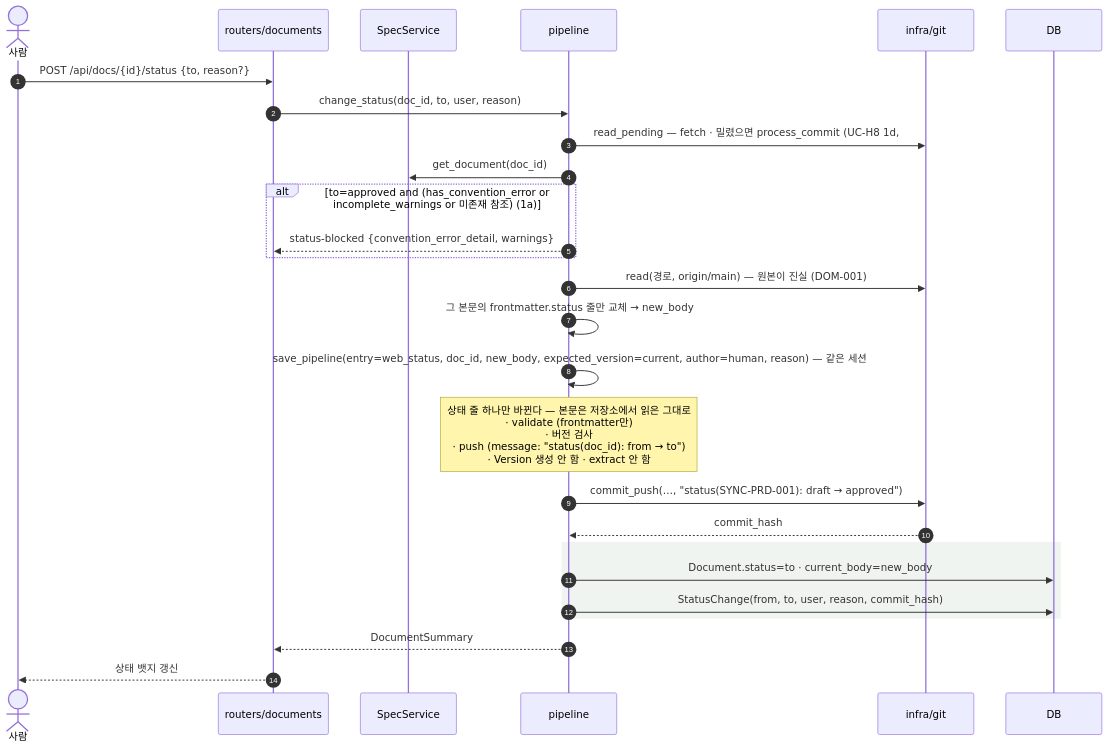
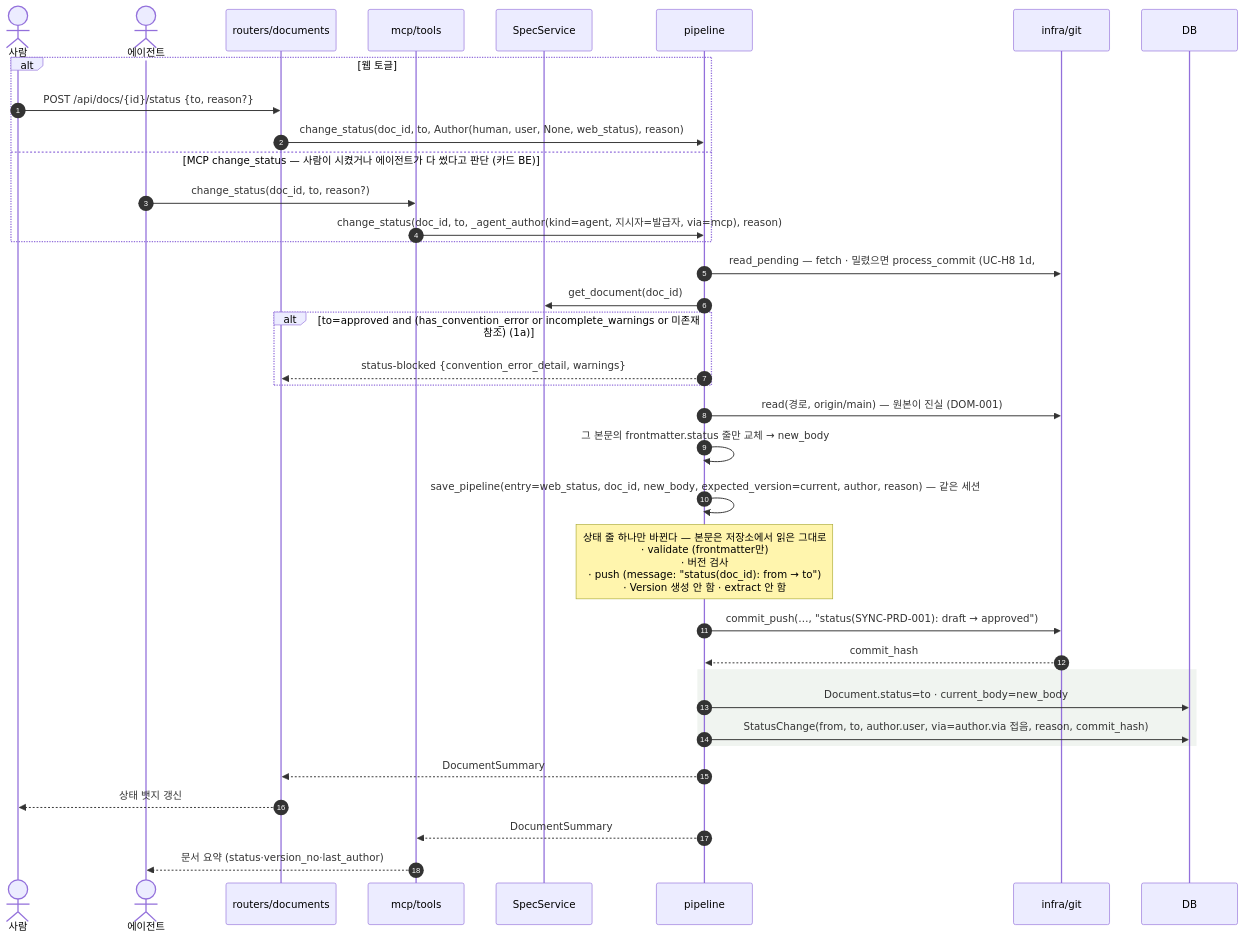
One commit to HoyoungParkme/syncdoc changed the fourth of 30 diagrams in docs/specs/09-SEQ/SYNC-SEQ-001.md. Above: the diagram before and after it, drawn with Mermaid. The commit also changed other lines of this file, not shown here.

Commit message:
spec(SYNC-SEQ-001): SEQ-5 — MCP change_status 입구 (카드 BE)
입구가 둘이고 그 뒤는 하나. 대응표에 MCP change_status 행.

````diff
--- a/docs/specs/09-SEQ/SYNC-SEQ-001.md
+++ b/docs/specs/09-SEQ/SYNC-SEQ-001.md
@@ -349,30 +350,39 @@
 ```mermaid
 sequenceDiagram
     autonumber
     actor U as 사람
+    actor A as 에이전트
     participant RD as routers/documents
+    participant MT as mcp/tools
     participant S as SpecService
     participant P as pipeline
     participant G as infra/git
     participant DB
 
-    U->>RD: POST /api/docs/{id}/status {to, reason?}
-    RD->>P: change_status(doc_id, to, user, reason)
+    alt 웹 토글
+        U->>RD: POST /api/docs/{id}/status {to, reason?}
+        RD->>P: change_status(doc_id, to, Author(human, user, None, web_status), reason)
+    else MCP change_status — 사람이 시켰거나 에이전트가 다 썼다고 판단 (카드 BE)
+        A->>MT: change_status(doc_id, to, reason?)
+        MT->>P: change_status(doc_id, to, _agent_author(kind=agent, 지시자=발급자, via=mcp), reason)
+    end
     P->>G: read_pending — fetch · 밀렸으면 process_commit (UC-H8 1d, #137)
     P->>S: get_document(doc_id)
     alt to=approved and (has_convention_error or incomplete_warnings or 미존재 참조) (1a)
         P-->>RD: status-blocked {convention_error_detail, warnings}
     end
     P->>G: read(경로, origin/main) — 원본이 진실 (DOM-001)
     P->>P: 그 본문의 frontmatter.status 줄만 교체 → new_body
-    P->>P: save_pipeline(entry=web_status, doc_id, new_body, expected_version=current, author=human, reason) — 같은 세션
+    P->>P: save_pipeline(entry=web_status, doc_id, new_body, expected_version=current, author, reason) — 같은 세션
     Note over P: 상태 줄 하나만 바뀐다 — 본문은 저장소에서 읽은 그대로<br/>· validate (frontmatter만)<br/>· 버전 검사<br/>· push (message: "status(doc_id): from → to")<br/>· Version 생성 안 함 · extract 안 함
     P->>G: commit_push(…, "status(SYNC-PRD-001): draft → approved")
     G-->>P: commit_hash
     rect rgb(240,244,240)
         P->>DB: Document.status=to · current_body=new_body
-        P->>DB: StatusChange(from, to, user, reason, commit_hash)
+        P->>DB: StatusChange(from, to, author.user, via=author.via 접음, reason, commit_hash)
     end
     P-->>RD: DocumentSummary
     RD-->>U: 상태 뱃지 갱신
+    P-->>MT: DocumentSummary
+    MT-->>A: 문서 요약 (status·version_no·last_author)
 ```
````
